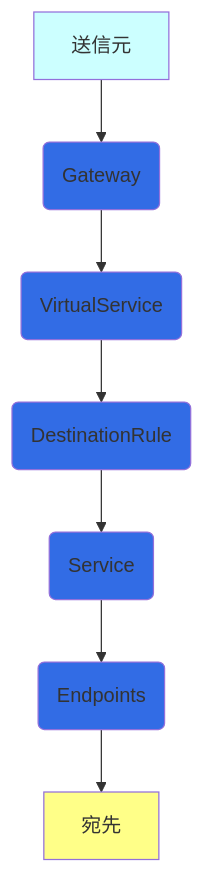
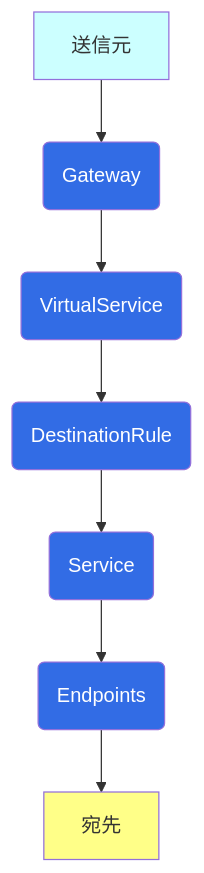
One commit to hiroki-it/hatenablog changed the first of 4 diagrams in dist/draft/【Istio⛵️】IstioによるEnvoyの抽象化.md. Above: the diagram before and after it, drawn with Mermaid. The commit also changed other lines of this file, not shown here.

````diff
--- a/dist/draft/【Istio⛵️】IstioによるEnvoyの抽象化.md
+++ b/dist/draft/【Istio⛵️】IstioによるEnvoyの抽象化.md
@@ -65,18 +65,18 @@
 ```mermaid
 flowchart TD
     送信元 --> Gateway
     Gateway(Gateway) --> VirtualService
     VirtualService(VirtualService) --> DestinationRule
     DestinationRule(DestinationRule) --> Service
     Service(Service) --> Endpoints
     Endpoints(Endpoints) --> 宛先
 
     classDef sly fill :#CCFFFF;
     class 送信元 sly
 
     classDef yellow fill :#FFFF88;
     class 宛先 yellow
 
-    classDef blue fill :#326CE5, font-color: white;
+    classDef blue fill :#326CE5, color: white;
     class Gateway,VirtualService,DestinationRule,Service,Endpoints blue
 ```
````
